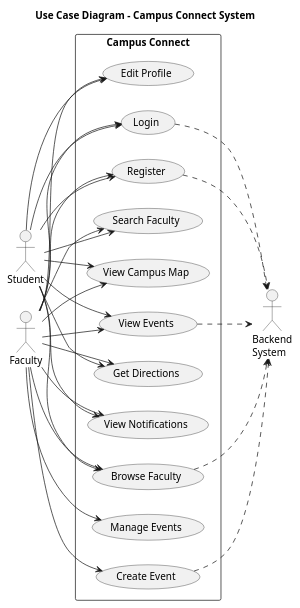
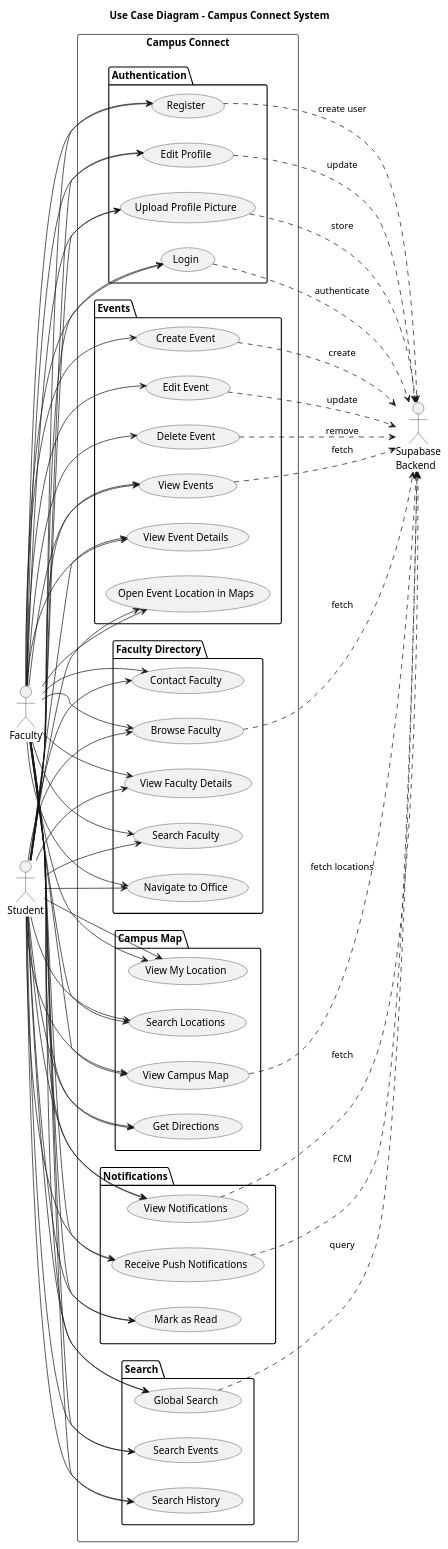
The second of 4 diagrams in uml-diagrams.md (umeshwayakole27/campus_connect_fl), drawn with PlantUML before and after one commit. The commit also changed other lines of this file and 2 other files, not shown here.

First line of the commit message:
fix: Resolve profile picture crash on image selection

````diff
--- a/uml-diagrams.md
+++ b/uml-diagrams.md
@@ -115,62 +253,125 @@
 
 actor Student
 actor Faculty
-actor "Backend\nSystem" as Backend
+actor "Supabase\nBackend" as Backend
 
 rectangle "Campus Connect" {
   
   ' Authentication
-  (Login) as login
-  (Register) as register
-  (Edit Profile) as profile
+  package "Authentication" {
+    (Login) as login
+    (Register) as register
+    (Edit Profile) as editProfile
+    (Upload Profile Picture) as uploadPic
+  }
   
   ' Events
-  (View Events) as viewEvents
-  (Create Event) as createEvent
-  (Manage Events) as manageEvents
+  package "Events" {
+    (View Events) as viewEvents
+    (View Event Details) as eventDetails
+    (Create Event) as createEvent
+    (Edit Event) as editEvent
+    (Delete Event) as deleteEvent
+    (Open Event Location in Maps) as eventMaps
+  }
   
   ' Faculty
-  (Browse Faculty) as browseFaculty
-  (Search Faculty) as searchFaculty
+  package "Faculty Directory" {
+    (Browse Faculty) as browseFaculty
+    (View Faculty Details) as facultyDetails
+    (Search Faculty) as searchFaculty
+    (Navigate to Office) as navigateOffice
+    (Contact Faculty) as contactFaculty
+  }
   
   ' Map
-  (View Campus Map) as map
-  (Get Directions) as directions
+  package "Campus Map" {
+    (View Campus Map) as viewMap
+    (Get Directions) as getDirections
+    (View My Location) as myLocation
+    (Search Locations) as searchLocations
+  }
   
   ' Notifications
-  (View Notifications) as notifications
+  package "Notifications" {
+    (View Notifications) as viewNotifications
+    (Receive Push Notifications) as pushNotif
+    (Mark as Read) as markRead
+  }
+  
+  ' Search
+  package "Search" {
+    (Global Search) as globalSearch
+    (Search Events) as searchEvents
+    (Search History) as searchHistory
+  }
 }
 
-' Student can do these
+' Student use cases
 Student --> login
 Student --> register
-Student --> profile
+Student --> editProfile
+Student --> uploadPic
 Student --> viewEvents
+Student --> eventDetails
+Student --> eventMaps
 Student --> browseFaculty
+Student --> facultyDetails
 Student --> searchFaculty
-Student --> map
-Student --> directions
-Student --> notifications
+Student --> navigateOffice
+Student --> contactFaculty
+Student --> viewMap
+Student --> getDirections
+Student --> myLocation
+Student --> searchLocations
+Student --> viewNotifications
+Student --> pushNotif
+Student --> markRead
+Student --> globalSearch
+Student --> searchEvents
+Student --> searchHistory
 
-' Faculty can do everything Student can PLUS create/manage events
+' Faculty use cases (includes all Student capabilities)
 Faculty --> login
 Faculty --> register
-Faculty --> profile
+Faculty --> editProfile
+Faculty --> uploadPic
 Faculty --> viewEvents
+Faculty --> eventDetails
 Faculty --> createEvent
-Faculty --> manageEvents
+Faculty --> editEvent
+Faculty --> deleteEvent
+Faculty --> eventMaps
 Faculty --> browseFaculty
+Faculty --> facultyDetails
 Faculty --> searchFaculty
-Faculty --> map
-Faculty --> directions
-Faculty --> notifications
+Faculty --> navigateOffice
+Faculty --> contactFaculty
+Faculty --> viewMap
+Faculty --> getDirections
+Faculty --> myLocation
+Faculty --> searchLocations
+Faculty --> viewNotifications
+Faculty --> pushNotif
+Faculty --> markRead
+Faculty --> globalSearch
+Faculty --> searchEvents
+Faculty --> searchHistory
 
-' Backend handles data
-login ..> Backend
-register ..> Backend
-viewEvents ..> Backend
-createEvent ..> Backend
-browseFaculty ..> Backend
+' Backend interactions
+login ..> Backend : authenticate
+register ..> Backend : create user
+editProfile ..> Backend : update
+uploadPic ..> Backend : store
+viewEvents ..> Backend : fetch
+createEvent ..> Backend : create
+editEvent ..> Backend : update
+deleteEvent ..> Backend : remove
+browseFaculty ..> Backend : fetch
+viewMap ..> Backend : fetch locations
+viewNotifications ..> Backend : fetch
+pushNotif ..> Backend : FCM
+globalSearch ..> Backend : query
 
 @enduml
 ```
````
